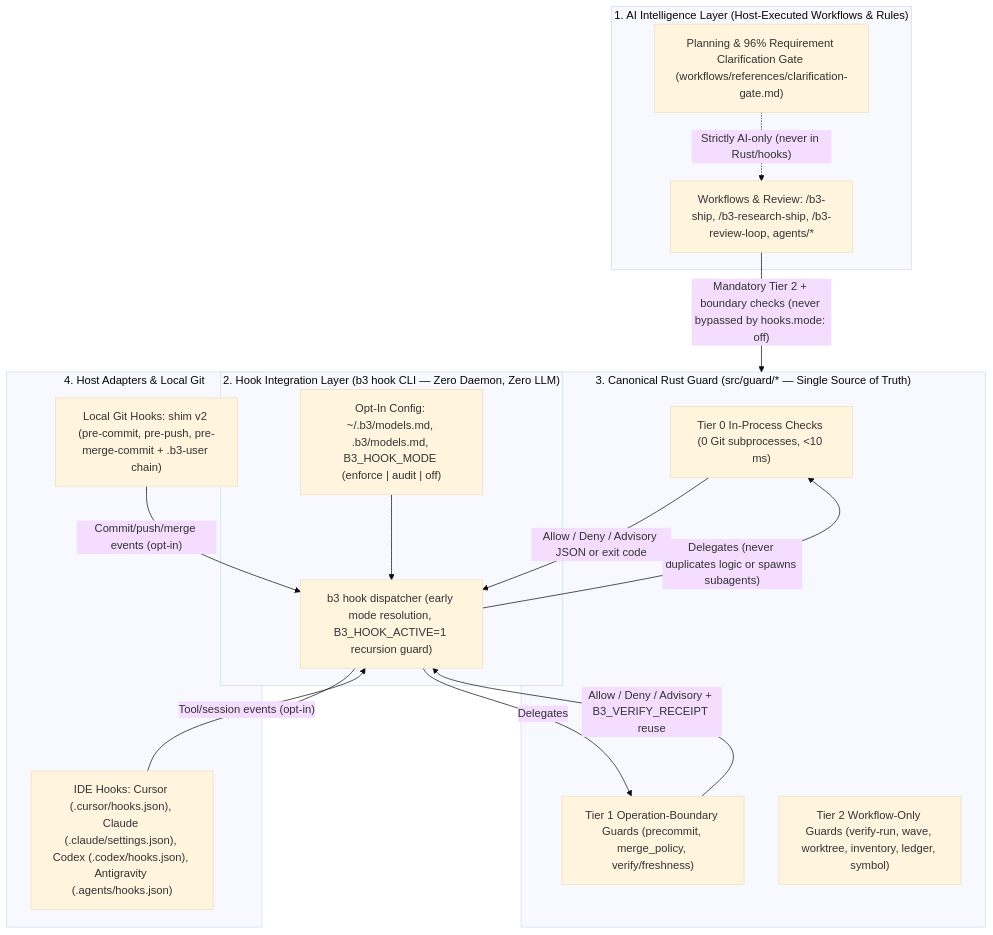
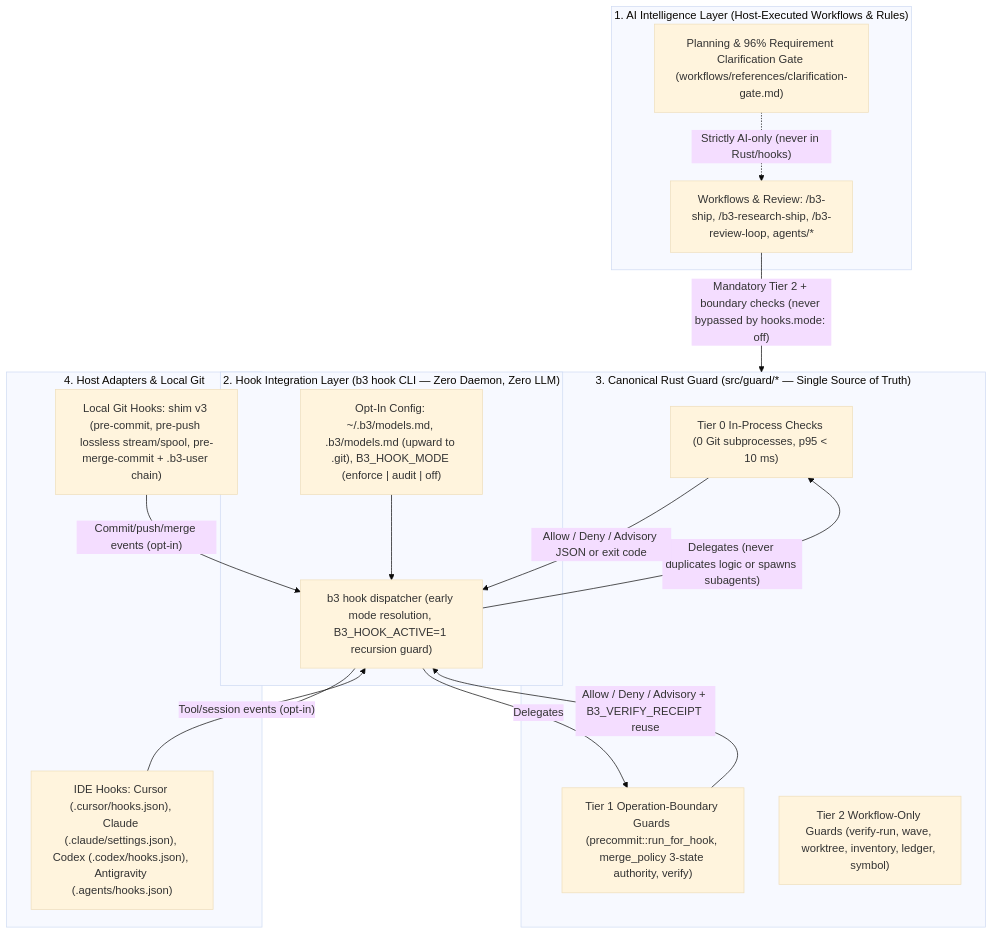
The first of 2 diagrams in docs/hooks.md (hptbee/b3_ai-engineering), drawn with Mermaid (base theme) before and after one commit. The commit also changed other lines of this file and 12 other files, not shown here.

Commit message:
fix(hook): harden canonical guard authority, event safety, and benchmarks

````diff
--- a/docs/hooks.md
+++ b/docs/hooks.md
@@ -14,34 +14,34 @@
 ```mermaid
 flowchart TB
     subgraph AI["1. AI Intelligence Layer (Host-Executed Workflows & Rules)"]
         ai_plan["Planning & 96% Requirement Clarification Gate (workflows/references/clarification-gate.md)"]
         ai_work["Workflows & Review: /b3-ship, /b3-research-ship, /b3-review-loop, agents/*"]
     end
 
     subgraph HOOK["2. Hook Integration Layer (b3 hook CLI — Zero Daemon, Zero LLM)"]
-        hk_cfg["Opt-In Config: ~/.b3/models.md, .b3/models.md, B3_HOOK_MODE (enforce | audit | off)"]
+        hk_cfg["Opt-In Config: ~/.b3/models.md, .b3/models.md (upward to .git), B3_HOOK_MODE (enforce | audit | off)"]
         hk_disp["b3 hook dispatcher (early mode resolution, B3_HOOK_ACTIVE=1 recursion guard)"]
     end
 
     subgraph GUARD["3. Canonical Rust Guard (src/guard/* — Single Source of Truth)"]
-        g_t0["Tier 0 In-Process Checks (0 Git subprocesses, <10 ms)"]
-        g_t1["Tier 1 Operation-Boundary Guards (precommit, merge_policy, verify/freshness)"]
+        g_t0["Tier 0 In-Process Checks (0 Git subprocesses, p95 < 10 ms)"]
+        g_t1["Tier 1 Operation-Boundary Guards (precommit::run_for_hook, merge_policy 3-state authority, verify)"]
         g_t2["Tier 2 Workflow-Only Guards (verify-run, wave, worktree, inventory, ledger, symbol)"]
     end
 
     subgraph HOSTS["4. Host Adapters & Local Git"]
         h_ide["IDE Hooks: Cursor (.cursor/hooks.json), Claude (.claude/settings.json), Codex (.codex/hooks.json), Antigravity (.agents/hooks.json)"]
-        h_git["Local Git Hooks: shim v2 (pre-commit, pre-push, pre-merge-commit + .b3-user chain)"]
+        h_git["Local Git Hooks: shim v3 (pre-commit, pre-push lossless stream/spool, pre-merge-commit + .b3-user chain)"]
     end
 
     ai_plan -.->|"Strictly AI-only (never in Rust/hooks)"| ai_work
     ai_work -->|"Mandatory Tier 2 + boundary checks (never bypassed by hooks.mode: off)"| GUARD
     h_ide -->|"Tool/session events (opt-in)"| hk_disp
     h_git -->|"Commit/push/merge events (opt-in)"| hk_disp
     hk_cfg --> hk_disp
     hk_disp -->|"Delegates (never duplicates logic or spawns subagents)"| g_t0
     hk_disp -->|"Delegates"| g_t1
     g_t0 -->|"Allow / Deny / Advisory JSON or exit code"| hk_disp
     g_t1 -->|"Allow / Deny / Advisory + B3_VERIFY_RECEIPT reuse"| hk_disp
     hk_disp --> HOSTS
 ```
````
